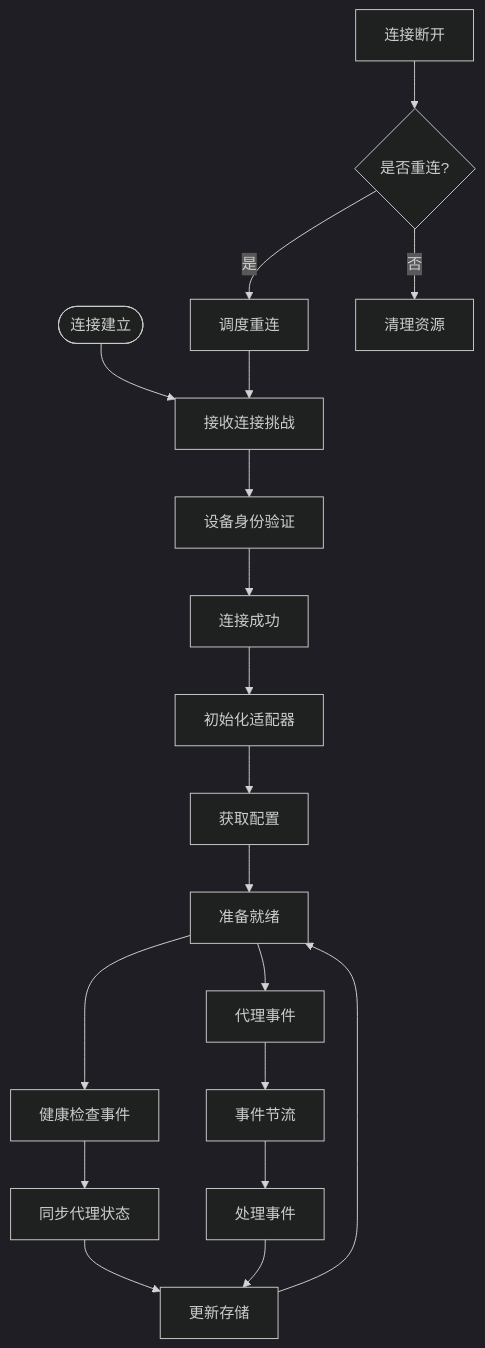
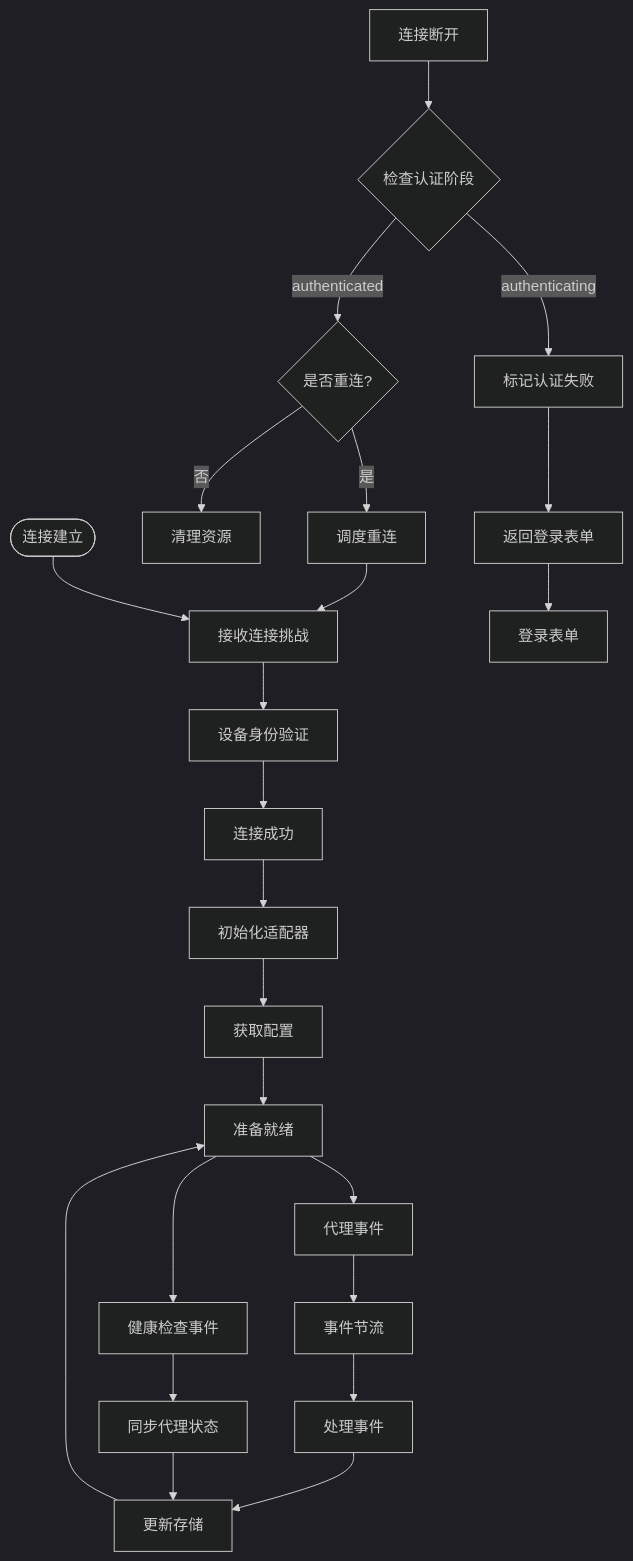
Before and after one commit to WW-AI-Lab/openclaw-office: the fourth of 11 diagrams in .qoder/repowiki/zh/content/自定义Hooks/网关连接管理Hook.md, drawn with Mermaid (dark theme). The commit also changed other lines of this file and 9 other files, not shown here.

````diff
--- a/.qoder/repowiki/zh/content/自定义Hooks/网关连接管理Hook.md
+++ b/.qoder/repowiki/zh/content/自定义Hooks/网关连接管理Hook.md
@@ -200,21 +237,25 @@
 ```mermaid
 flowchart TD
 Start([连接建立]) --> Challenge[接收连接挑战]
 Challenge --> DeviceAuth[设备身份验证]
 DeviceAuth --> Connected[连接成功]
 Connected --> InitAdapter[初始化适配器]
 InitAdapter --> FetchConfig[获取配置]
 FetchConfig --> Ready[准备就绪]
 Ready --> AgentEvent[代理事件]
 Ready --> HealthEvent[健康检查事件]
 AgentEvent --> Throttle[事件节流]
 HealthEvent --> SyncAgents[同步代理状态]
 Throttle --> ProcessEvent[处理事件]
 SyncAgents --> UpdateStore[更新存储]
 ProcessEvent --> UpdateStore
 UpdateStore --> Ready
-Disconnected[连接断开] --> Reconnect{是否重连?}
+Disconnected[连接断开] --> CheckAuthPhase{检查认证阶段}
+CheckAuthPhase --> |authenticating| MarkAuthFailed[标记认证失败]
+CheckAuthPhase --> |authenticated| Reconnect{是否重连?}
+MarkAuthFailed --> ReturnLoginForm[返回登录表单]
 Reconnect --> |是| ScheduleReconnect[调度重连]
 Reconnect --> |否| Cleanup[清理资源]
 ScheduleReconnect --> Challenge
+ReturnLoginForm --> LoginForm[登录表单]
 ```
````
